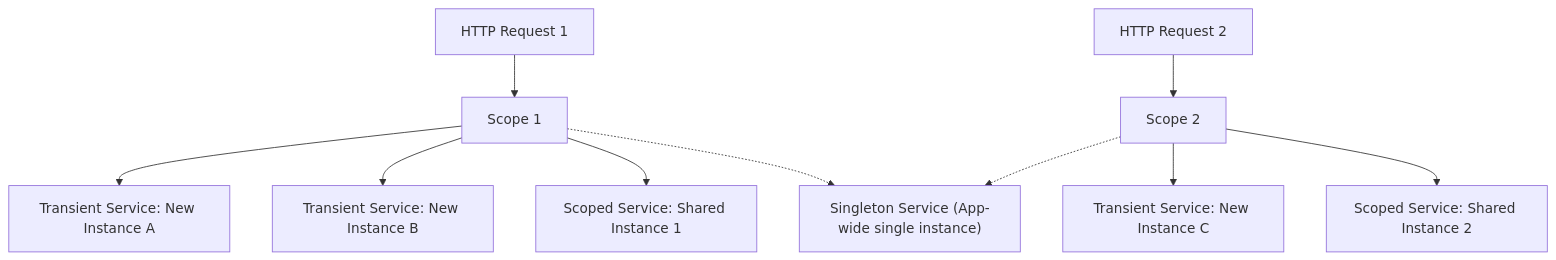
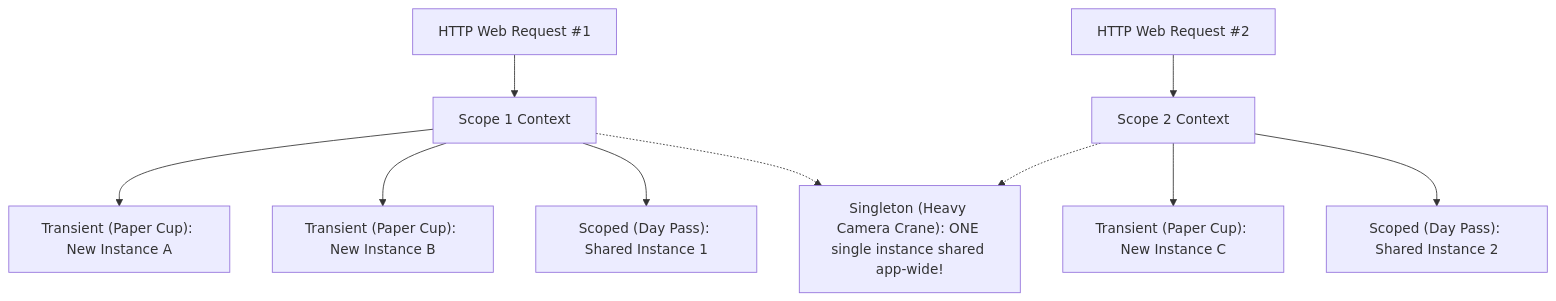
The diagram in Main/Topics/21_DotNetPlatform/README.md (Singhkunall/Csharp-learning), drawn with Mermaid before and after one commit. The commit also changed other lines of this file and 11 other files, not shown here.

````diff
--- a/Main/Topics/21_DotNetPlatform/README.md
+++ b/Main/Topics/21_DotNetPlatform/README.md
@@ -19,15 +31,15 @@
 ```mermaid
 flowchart TD
-    Req1["HTTP Request 1"] --> Scope1["Scope 1"]
-    Req2["HTTP Request 2"] --> Scope2["Scope 2"]
+    Req1["HTTP Web Request #1"] --> Scope1["Scope 1 Context"]
+    Req2["HTTP Web Request #2"] --> Scope2["Scope 2 Context"]
 
-    Scope1 --> T1["Transient Service: New Instance A"]
-    Scope1 --> T2["Transient Service: New Instance B"]
-    Scope1 --> S1["Scoped Service: Shared Instance 1"]
+    Scope1 --> T1["Transient (Paper Cup): New Instance A"]
+    Scope1 --> T2["Transient (Paper Cup): New Instance B"]
+    Scope1 --> S1["Scoped (Day Pass): Shared Instance 1"]
 
-    Scope2 --> T3["Transient Service: New Instance C"]
-    Scope2 --> S2["Scoped Service: Shared Instance 2"]
+    Scope2 --> T3["Transient (Paper Cup): New Instance C"]
+    Scope2 --> S2["Scoped (Day Pass): Shared Instance 2"]
 
-    Scope1 -.-> Sing["Singleton Service (App-wide single instance)"]
+    Scope1 -.-> Sing["Singleton (Heavy Camera Crane): ONE single instance shared app-wide!"]
     Scope2 -.-> Sing
 ```
````
